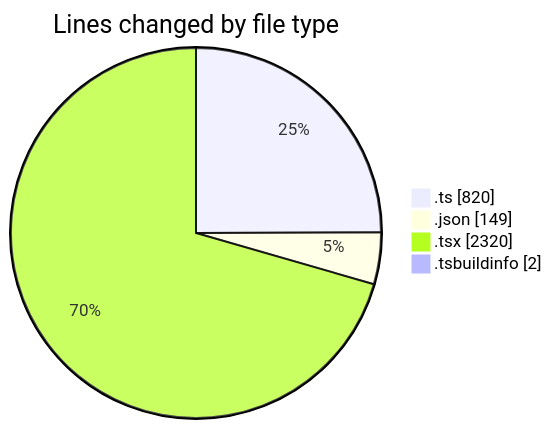
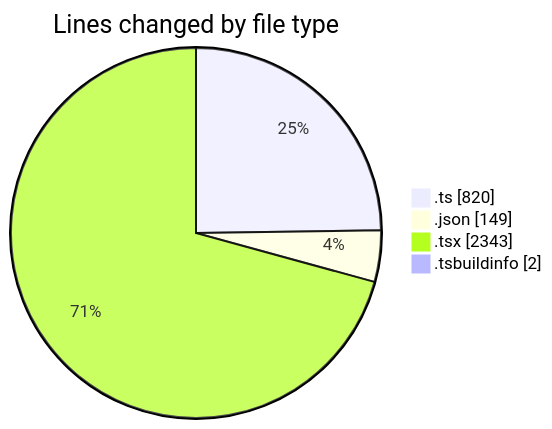
Before and after one commit to robertbonfada/code-tracking: the first of 2 diagrams in 2025-02-20/mbc-web/README.md, drawn with Mermaid. The commit also changed other lines of this file and 1 other file, not shown here.

````diff
--- a/2025-02-20/mbc-web/README.md
+++ b/2025-02-20/mbc-web/README.md
@@ -41,8 +41,8 @@
 ```mermaid
 pie showData
 title Lines changed by file type
 ".ts" : 820
 ".json" : 149
-".tsx" : 2320
+".tsx" : 2343
 ".tsbuildinfo" : 2
 ```
````
